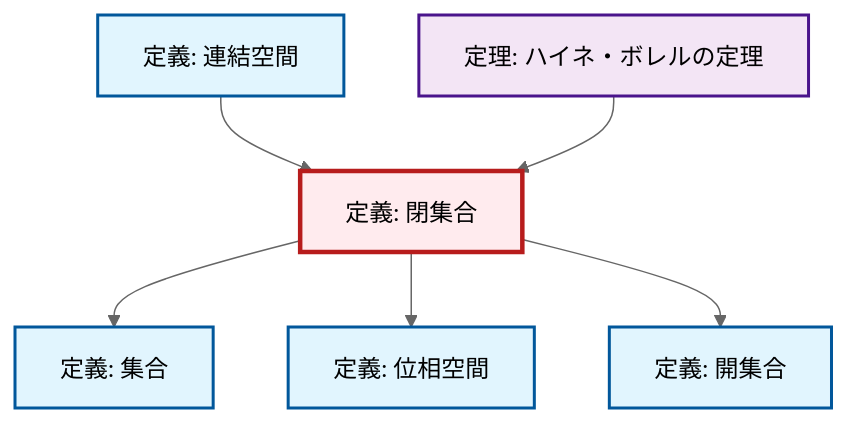
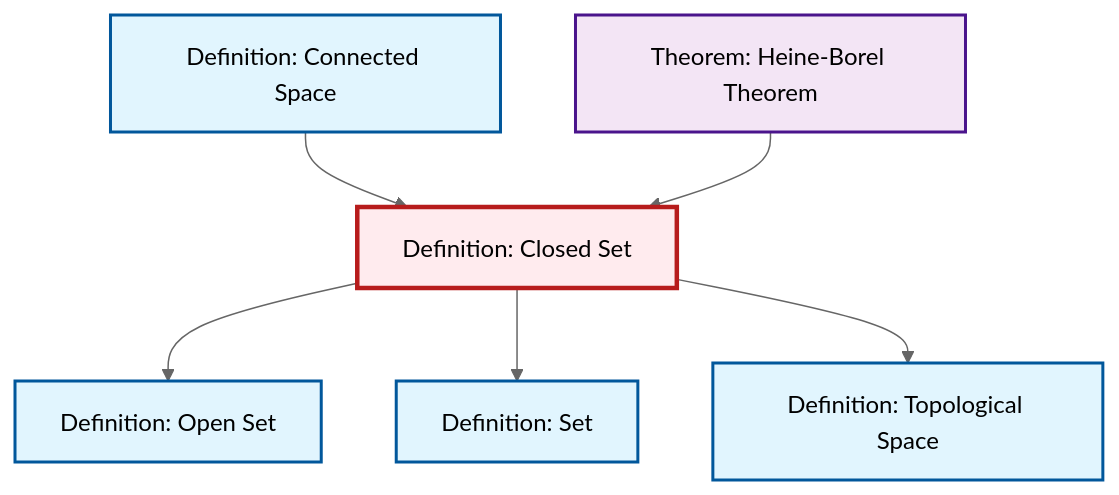
One commit to RK0429/ModernMath changed the diagram in content/ja/topology/def-closed-set.qmd. Above: the diagram before and after it, drawn with Mermaid (neutral theme). The commit also changed 203 other files, not shown here.

````diff
--- a/content/ja/topology/def-closed-set.qmd
+++ b/content/ja/topology/def-closed-set.qmd
@@ -45,27 +45,21 @@
 ```{mermaid}
-%%| fig-cap: "局所依存関係グラフ"
+%%| fig-cap: "Local dependency graph"
 graph TD
     classDef definition fill:#e1f5fe,stroke:#01579b,stroke-width:2px
     classDef theorem fill:#f3e5f5,stroke:#4a148c,stroke-width:2px
     classDef axiom fill:#fff3e0,stroke:#e65100,stroke-width:2px
     classDef example fill:#e8f5e9,stroke:#1b5e20,stroke-width:2px
     classDef current fill:#ffebee,stroke:#b71c1c,stroke-width:3px
-    thm-heine-borel["定理: ハイネ・ボレルの定理"]:::theorem
-    def-connected["定義: 連結空間"]:::definition
-    def-closed-set["定義: 閉集合"]:::definition
-    def-set["定義: 集合"]:::definition
-    def-open-set["定義: 開集合"]:::definition
-    def-topological-space["定義: 位相空間"]:::definition
+    def-topological-space["Definition: Topological Space"]:::definition
+    def-closed-set["Definition: Closed Set"]:::definition
+    def-open-set["Definition: Open Set"]:::definition
+    def-set["Definition: Set"]:::definition
+    def-connected["Definition: Connected Space"]:::definition
+    thm-heine-borel["Theorem: Heine-Borel Theorem"]:::theorem
+    def-closed-set --> def-open-set
     def-closed-set --> def-set
     def-connected --> def-closed-set
     def-closed-set --> def-topological-space
     thm-heine-borel --> def-closed-set
-    def-closed-set --> def-open-set
     class def-closed-set current
-
-    click thm-heine-borel "thm-heine-borel.html" "Go to 定理: ハイネ・ボレルの定理"
-    click def-connected "def-connected.html" "Go to 定義: 連結空間"
-    click def-set "def-set.html" "Go to 定義: 集合"
-    click def-open-set "def-open-set.html" "Go to 定義: 開集合"
-    click def-topological-space "def-topological-space.html" "Go to 定義: 位相空間"
 ```
````
